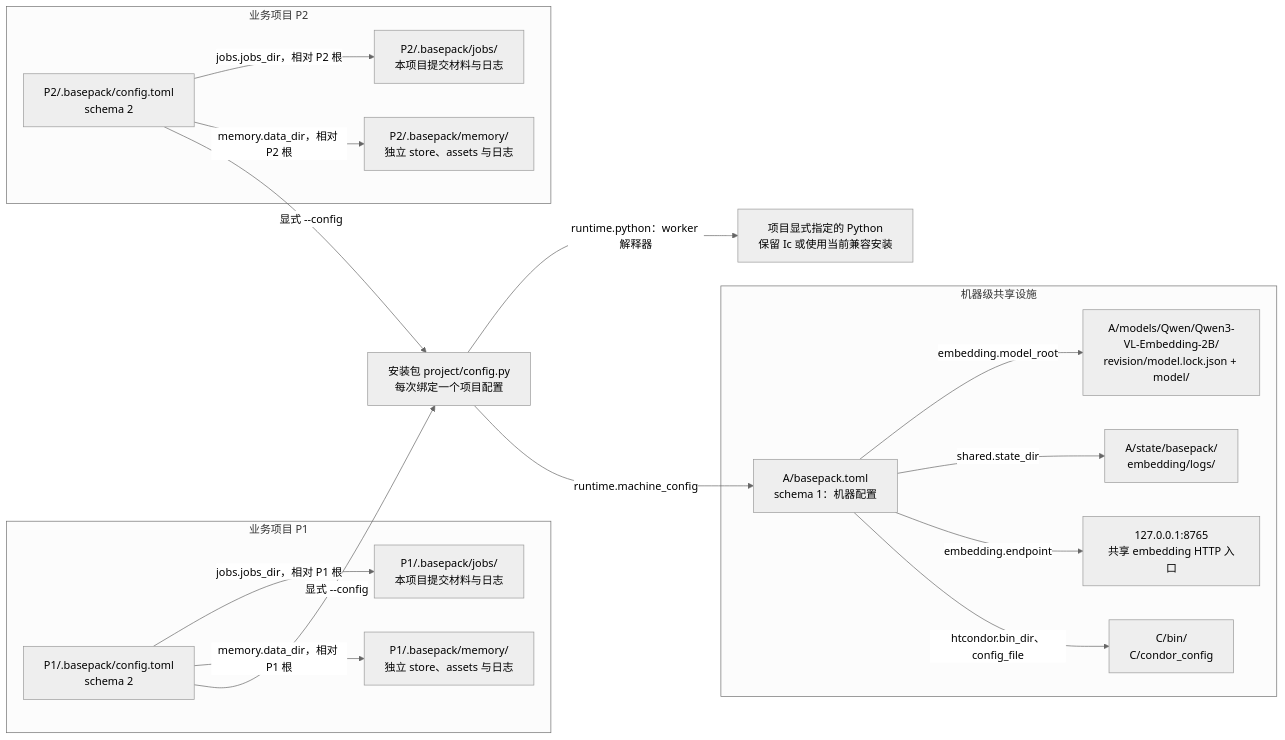
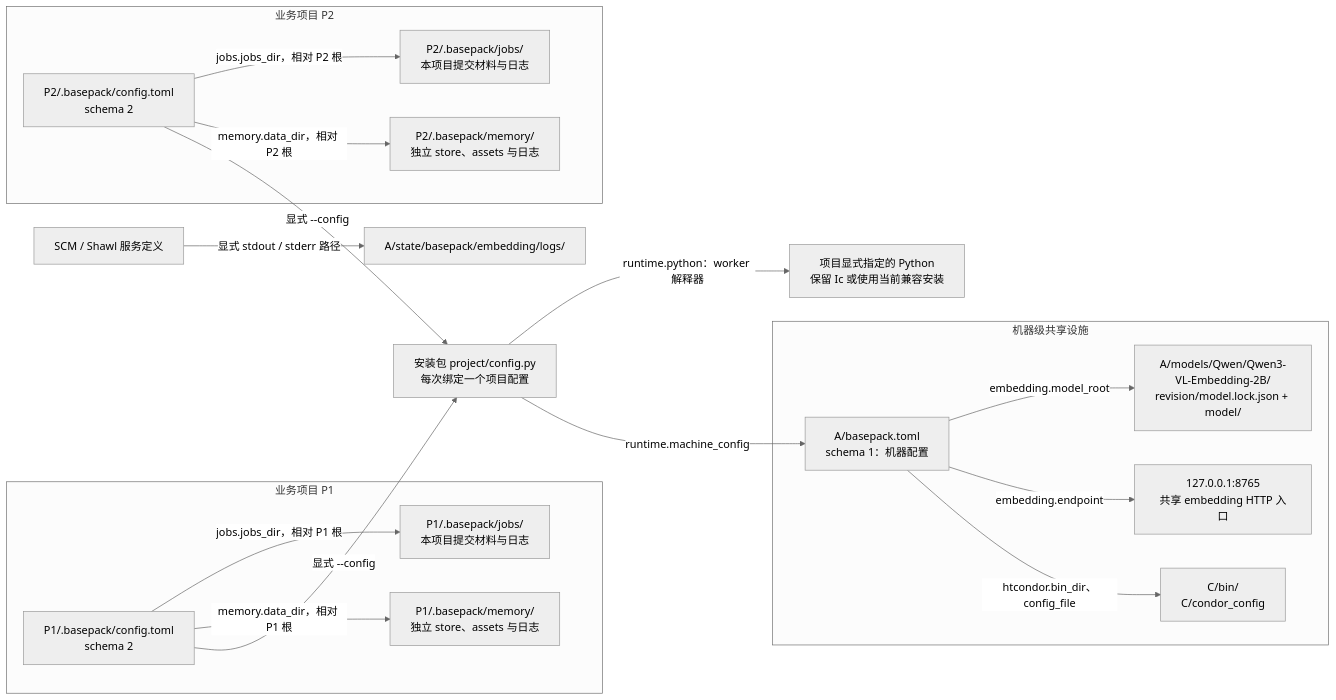
Before and after one commit to YS-Pan/basePack: the second of 8 diagrams in devDoc/system/diagrams.md, drawn with Mermaid (neutral theme). The commit also changed other lines of this file and 54 other files, not shown here.

````diff
--- a/devDoc/system/diagrams.md
+++ b/devDoc/system/diagrams.md
@@ -46,28 +46,28 @@
 ```mermaid
 flowchart LR
   subgraph one["业务项目 P1"]
     cfg1["P1/.basepack/config.toml<br/>schema 2"]
     data1["P1/.basepack/jobs/<br/>本项目提交材料与日志"]
     memory1["P1/.basepack/memory/<br/>独立 store、assets 与日志"]
     cfg1 -->|jobs.jobs_dir，相对 P1 根| data1
     cfg1 -->|memory.data_dir，相对 P1 根| memory1
   end
   subgraph two["业务项目 P2"]
     cfg2["P2/.basepack/config.toml<br/>schema 2"]
     data2["P2/.basepack/jobs/<br/>本项目提交材料与日志"]
     memory2["P2/.basepack/memory/<br/>独立 store、assets 与日志"]
     cfg2 -->|jobs.jobs_dir，相对 P2 根| data2
     cfg2 -->|memory.data_dir，相对 P2 根| memory2
   end
   cfg1 -->|显式 --config| resolve["安装包 project/config.py<br/>每次绑定一个项目配置"]
   cfg2 -->|显式 --config| resolve
   resolve -->|runtime.python：worker 解释器| python["项目显式指定的 Python<br/>保留 Ic 或使用当前兼容安装"]
   subgraph shared["机器级共享设施"]
     machine["A/basepack.toml<br/>schema 1：机器配置"]
     machine -->|embedding.model_root| model["A/models/Qwen/Qwen3-VL-Embedding-2B/<br/>revision/model.lock.json + model/"]
-    machine -->|shared.state_dir| state["A/state/basepack/<br/>embedding/logs/"]
     machine -->|embedding.endpoint| http["127.0.0.1:8765<br/>共享 embedding HTTP 入口"]
     machine -->|htcondor.bin_dir、config_file| condor["C/bin/<br/>C/condor_config"]
   end
   resolve -->|runtime.machine_config| machine
+  serviceConfig["SCM / Shawl 服务定义"] -->|显式 stdout / stderr 路径| logs["A/state/basepack/embedding/logs/"]
 ```
````
